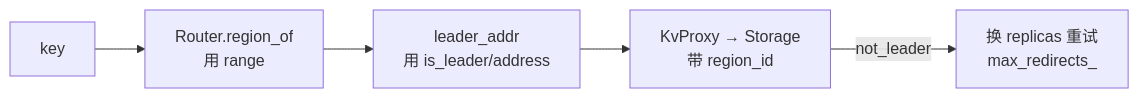
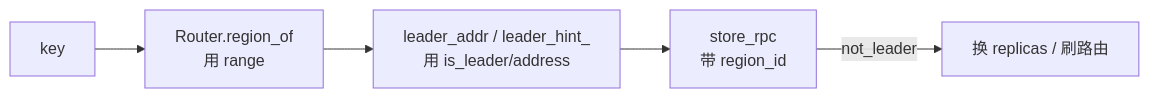
Before and after one commit to devotionalist/openkv: the third of 3 diagrams in docs/topology/COMPUTE_DATA_TOPOLOGY.md, drawn with Mermaid. The commit also changed other lines of this file and 115 other files, not shown here.

First line of the commit message:
Unify async Store gRPC and drop ExecLine/Seastar leftovers.

````diff
--- a/docs/topology/COMPUTE_DATA_TOPOLOGY.md
+++ b/docs/topology/COMPUTE_DATA_TOPOLOGY.md
@@ -126,7 +128,7 @@
 ```mermaid
 flowchart LR
   K["key"] --> R["Router.region_of<br/>用 range"]
-  R --> L["leader_addr<br/>用 is_leader/address"]
-  L --> P["KvProxy → Storage<br/>带 region_id"]
-  P -->|not_leader| RETRY["换 replicas 重试<br/>max_redirects_"]
+  R --> L["leader_addr / leader_hint_<br/>用 is_leader/address"]
+  L --> P["store_rpc<br/>带 region_id"]
+  P -->|not_leader| RETRY["换 replicas / 刷路由"]
 ```
````
